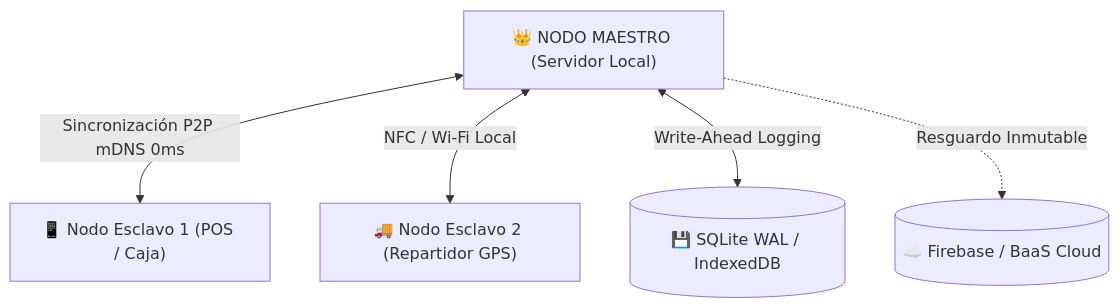
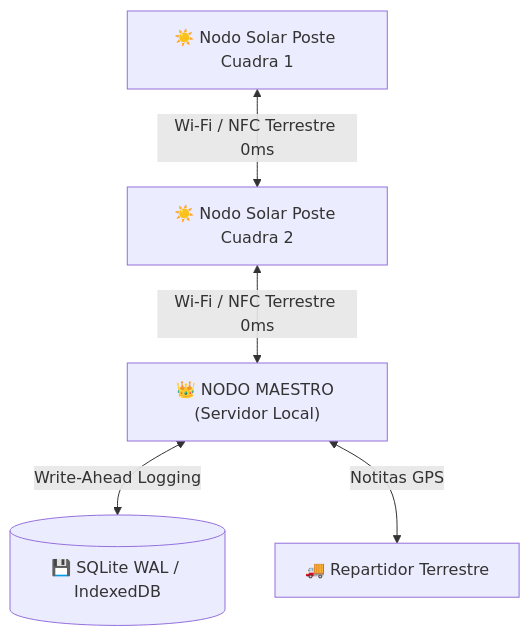
One commit to ataca3000/bunnkker-e.c.o.s-baas changed the diagram in README.md. Above: the diagram before and after it, drawn with Mermaid. The commit also changed other lines of this file and 1 other file, not shown here.

Commit message:
docs: destaca reivindicacion de cero satelites y nodos solares en postes de cuadra

````diff
--- a/README.md
+++ b/README.md
@@ -27,7 +27,8 @@
 ```mermaid
 graph TD
-    MAESTRO["👑 NODO MAESTRO (Servidor Local)"] <-->|Sincronización P2P mDNS 0ms| ESCLAVO1["📱 Nodo Esclavo 1 (POS / Caja)"]
-    MAESTRO <-->|NFC / Wi-Fi Local| ESCLAVO2["🚚 Nodo Esclavo 2 (Repartidor GPS)"]
+    POSTE_1["☀️ Nodo Solar Poste Cuadra 1"] <-->|Wi-Fi / NFC Terrestre 0ms| POSTE_2["☀️ Nodo Solar Poste Cuadra 2"]
+    POSTE_2 <-->|Wi-Fi / NFC Terrestre 0ms| MAESTRO["👑 NODO MAESTRO (Servidor Local)"]
+    
     MAESTRO <-->|Write-Ahead Logging| DB_LOCAL[("💾 SQLite WAL / IndexedDB")]
-    MAESTRO -.->|Resguardo Inmutable| NUBE[("☁️ Firebase / BaaS Cloud")]
+    MAESTRO <-->|Notitas GPS| REPARTIDOR["🚚 Repartidor Terrestre"]
 ```
````
